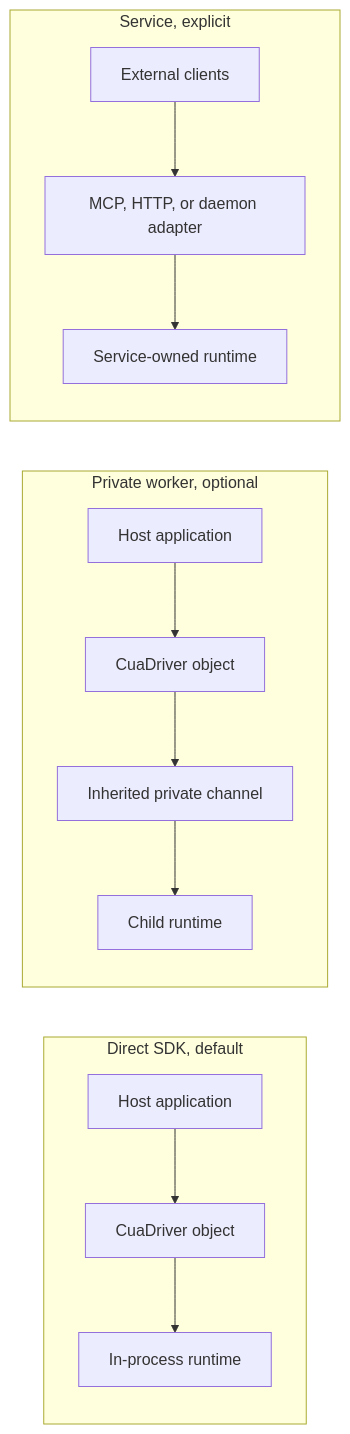
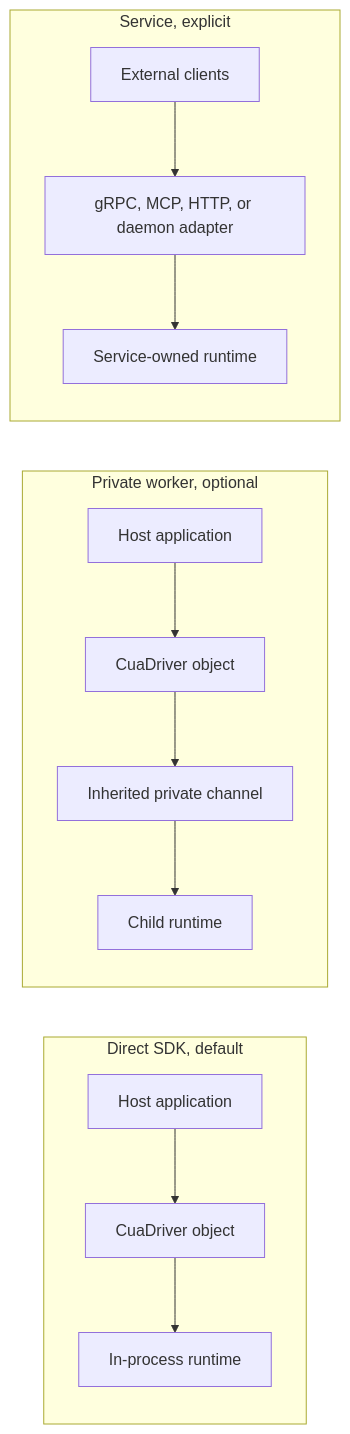
Before and after one commit to trycua/cua: the second of 8 diagrams in rfcs/2549-cua-driver-sdk-owned-runtime.md, drawn with Mermaid. The commit also changed other lines of this file and 1 other file, not shown here.

````diff
--- a/rfcs/2549-cua-driver-sdk-owned-runtime.md
+++ b/rfcs/2549-cua-driver-sdk-owned-runtime.md
@@ -284,24 +299,24 @@
 ```mermaid
 flowchart LR
     subgraph Direct["Direct SDK, default"]
         DAPP["Host application"]
         DSDK["CuaDriver object"]
         DRT["In-process runtime"]
         DAPP --> DSDK --> DRT
     end
 
     subgraph Worker["Private worker, optional"]
         WAPP["Host application"]
         WSDK["CuaDriver object"]
         CH["Inherited private channel"]
         WRT["Child runtime"]
         WAPP --> WSDK --> CH --> WRT
     end
 
     subgraph Service["Service, explicit"]
         CLIENTS["External clients"]
-        SERVER["MCP, HTTP, or daemon adapter"]
+        SERVER["gRPC, MCP, HTTP, or daemon adapter"]
         SRT["Service-owned runtime"]
         CLIENTS --> SERVER --> SRT
     end
 ```
````
